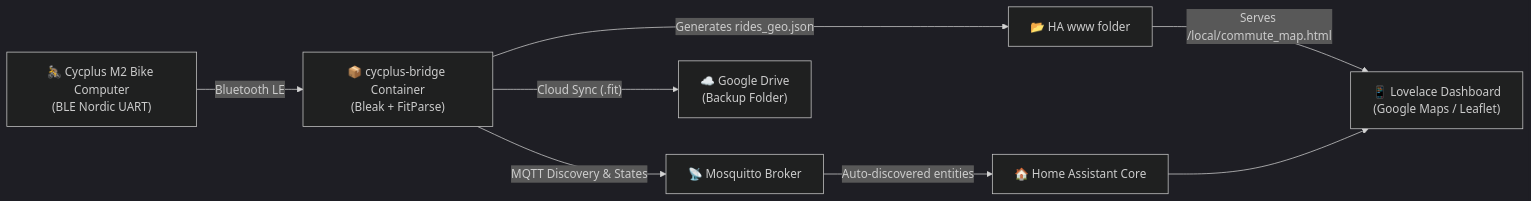
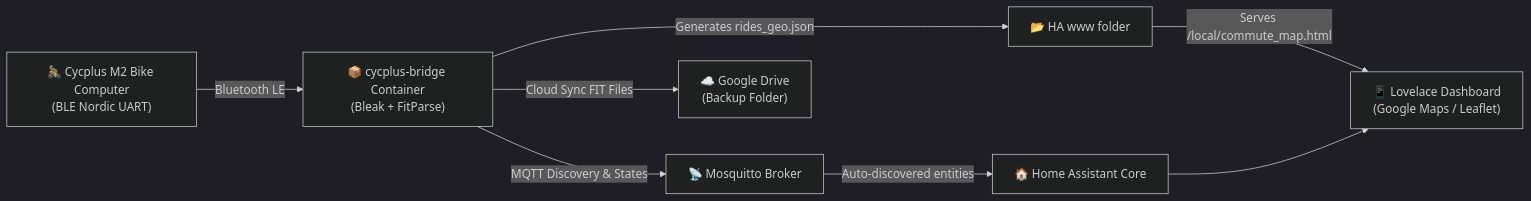
The diagram in README.md (ocsi01/cycplus-homeassistant), drawn with Mermaid (dark theme) before and after one commit.

Commit message:
docs: clean up Mermaid diagram syntax for GitHub markdown rendering

````diff
--- a/README.md
+++ b/README.md
@@ -41,10 +41,10 @@
 ```mermaid
 flowchart LR
     A["🚴 Cycplus M2 Bike Computer<br>(BLE Nordic UART)"] -->|Bluetooth LE| B["📦 cycplus-bridge Container<br>(Bleak + FitParse)"]
     B -->|MQTT Discovery & States| C["📡 Mosquitto Broker"]
     B -->|Generates rides_geo.json| D["📂 HA www folder"]
-    B -->|"Cloud Sync (.fit)"| G["☁️ Google Drive<br>(Backup Folder)"]
+    B -->|Cloud Sync FIT Files| G["☁️ Google Drive<br>(Backup Folder)"]
     C -->|Auto-discovered entities| E["🏠 Home Assistant Core"]
     D -->|Serves /local/commute_map.html| F["📱 Lovelace Dashboard<br>(Google Maps / Leaflet)"]
     E --> F
 ```
````
